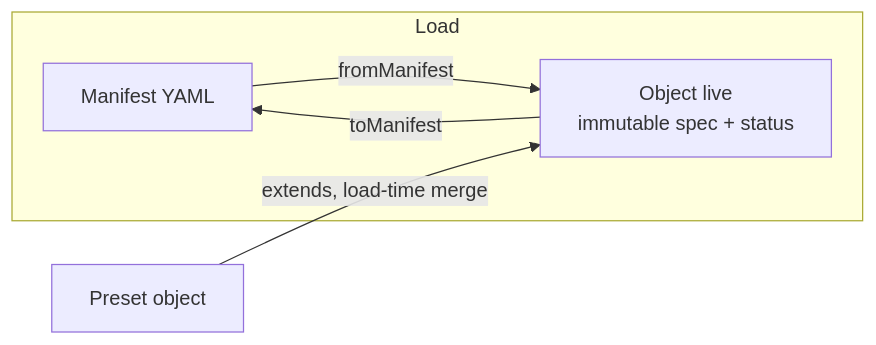
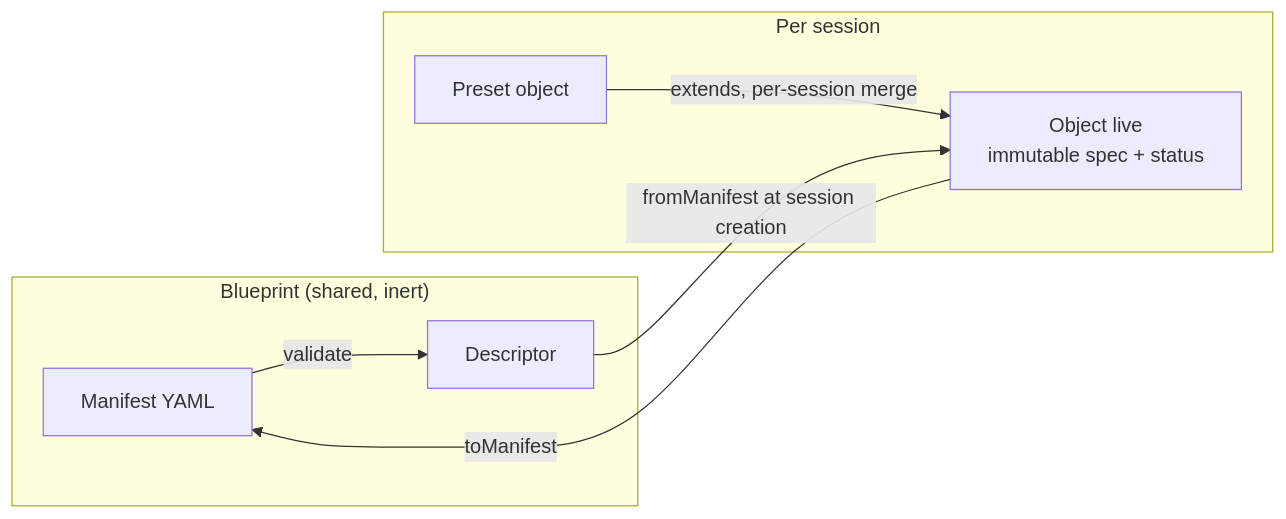
One commit to wynsure/wynsure-agent-harness changed the first of 2 diagrams in docs/concepts.md. Above: the diagram before and after it, drawn with Mermaid. The commit also changed other lines of this file and 52 other files, not shown here.

````diff
--- a/docs/concepts.md
+++ b/docs/concepts.md
@@ -60,8 +68,11 @@
 ```mermaid
 flowchart LR
-    subgraph Load
-      M[Manifest YAML] -->|fromManifest| O[Object live<br/>immutable spec + status]
+    subgraph Shared["Blueprint (shared, inert)"]
+      M[Manifest YAML] -->|validate| D[Descriptor]
     end
-    O -->|toManifest| M
-    P[Preset object] -->|extends, load-time merge| O
+    subgraph PerSession["Per session"]
+      D -->|fromManifest at session creation| O[Object live<br/>immutable spec + status]
+      O -->|toManifest| M
+      P[Preset object] -->|extends, per-session merge| O
+    end
 ```
````
